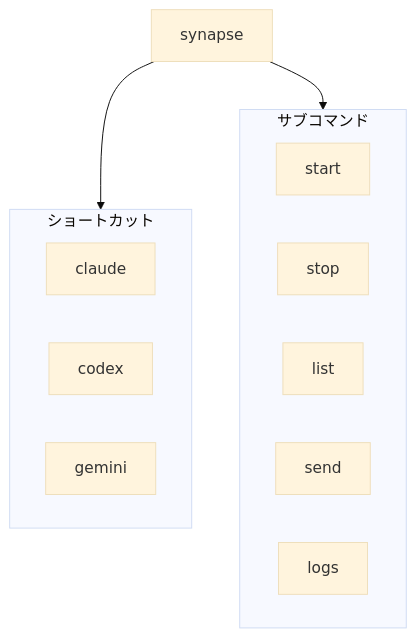
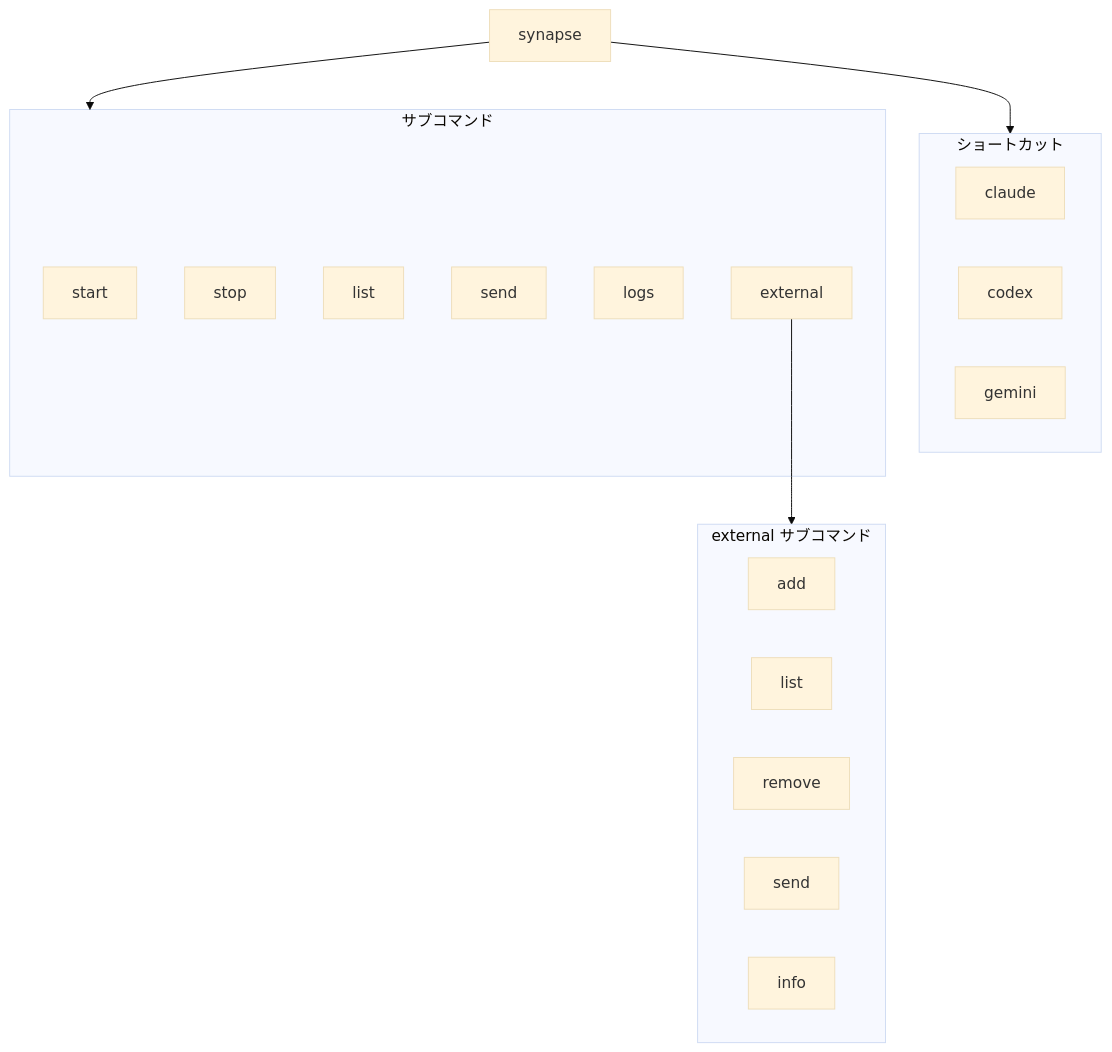
One commit to s-hiraoku/synapse-a2a changed the second of 5 diagrams in guides/usage.md. Above: the diagram before and after it, drawn with Mermaid (base theme). The commit also changed other lines of this file and 5 other files, not shown here.

````diff
--- a/guides/usage.md
+++ b/guides/usage.md
@@ -97,21 +97,31 @@
 ```mermaid
 flowchart TB
     synapse["synapse"]
 
     subgraph Shortcuts["ショートカット"]
         claude["claude"]
         codex["codex"]
         gemini["gemini"]
     end
 
     subgraph Commands["サブコマンド"]
         start["start"]
         stop["stop"]
         list["list"]
         send["send"]
         logs["logs"]
+        external["external"]
+    end
+
+    subgraph External["external サブコマンド"]
+        ext_add["add"]
+        ext_list["list"]
+        ext_remove["remove"]
+        ext_send["send"]
+        ext_info["info"]
     end
 
     synapse --> Shortcuts
     synapse --> Commands
+    external --> External
 ```
````
